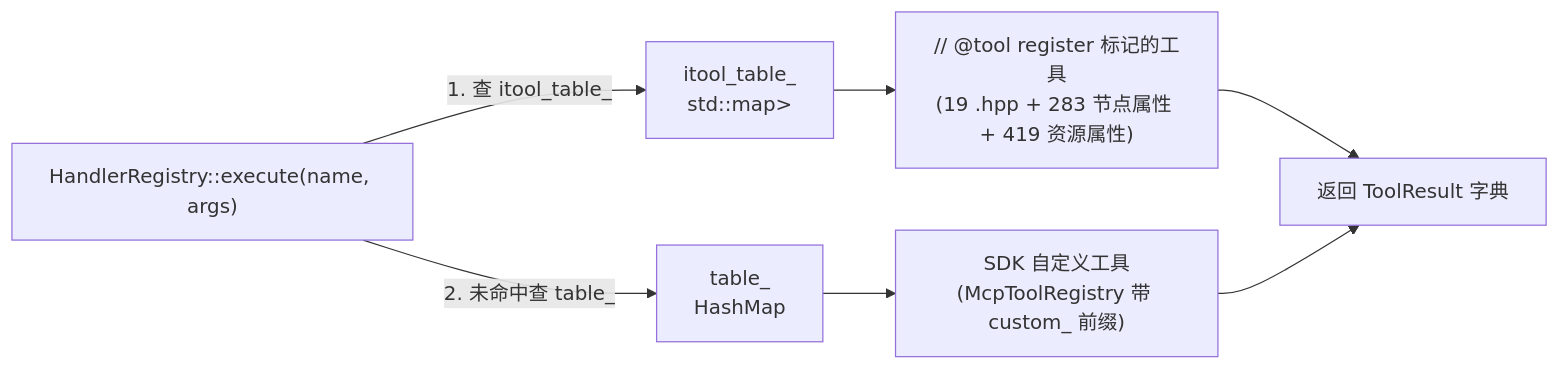
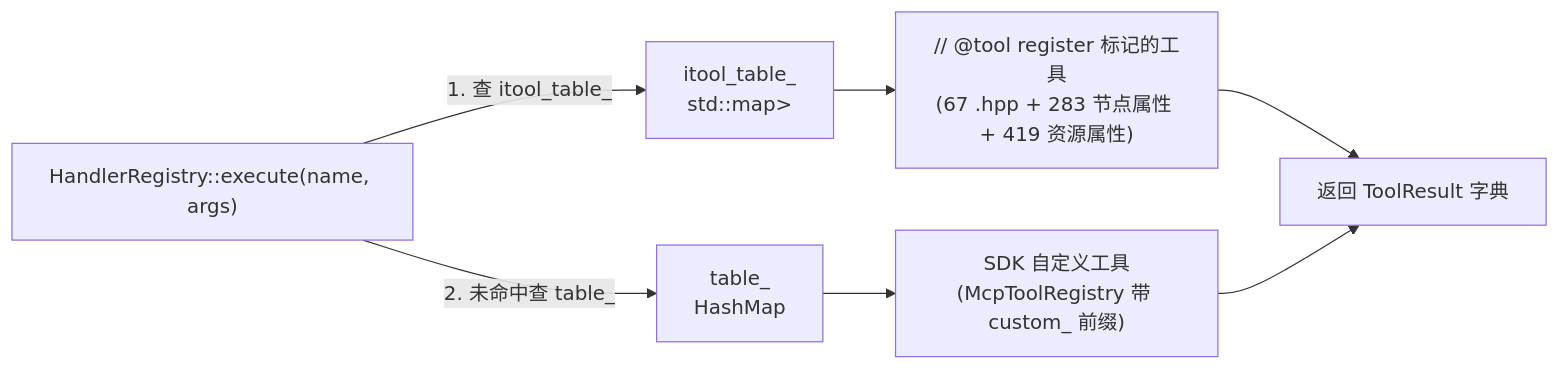
The second of 2 diagrams in .repo_wiki/modules/command-routing.md (jesspig/GodotMCP-GDExtension), drawn with Mermaid before and after one commit. The commit also changed other lines of this file and 4 other files, not shown here.

````diff
--- a/.repo_wiki/modules/command-routing.md
+++ b/.repo_wiki/modules/command-routing.md
@@ -34,15 +34,15 @@
 ```mermaid
 flowchart LR
     REG["HandlerRegistry::execute(name, args)"]
     ITBL["itool_table_<br/>std::map<String, unique_ptr<ITool>>"]
     TBL["table_<br/>HashMap<String, CommandFn>"]
-    BUILTIN["// @tool register 标记的工具<br/>(19 .hpp + 283 节点属性 + 419 资源属性)"]
+    BUILTIN["// @tool register 标记的工具<br/>(67 .hpp + 283 节点属性 + 419 资源属性)"]
     SDK["SDK 自定义工具<br/>(McpToolRegistry 带 custom_ 前缀)"]
     RES["返回 ToolResult 字典"]
     REG -->|"1. 查 itool_table_"| ITBL
     REG -->|"2. 未命中查 table_"| TBL
     ITBL --> BUILTIN
     TBL --> SDK
     BUILTIN --> RES
     SDK --> RES
 ```
````
